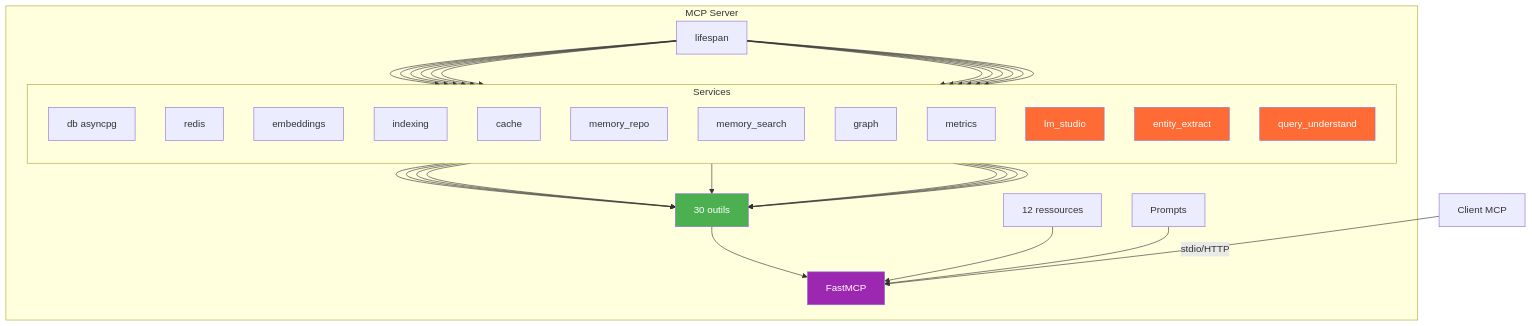
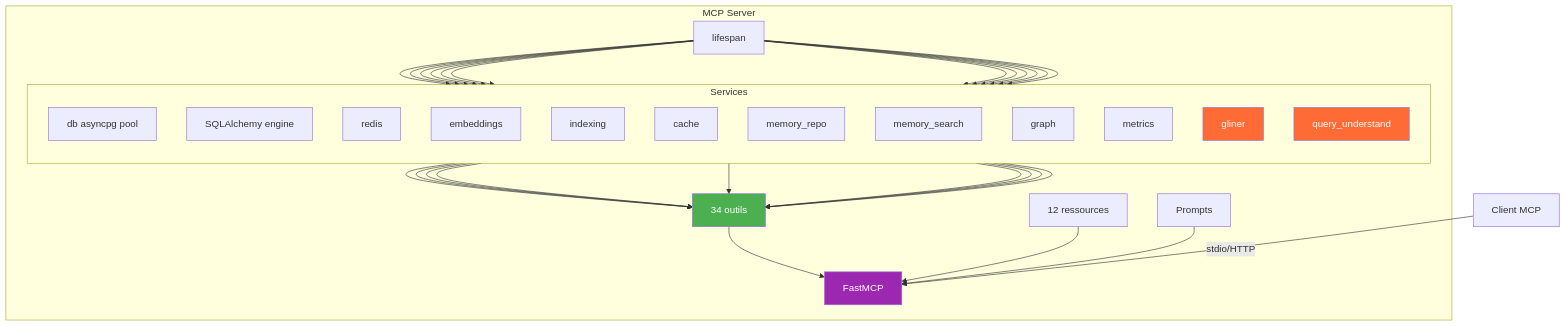
The eighth of 13 diagrams in docs/ARCHITECTURE.md (giak/mnemo-lite), drawn with Mermaid before and after one commit. The commit also changed other lines of this file and 9 other files, not shown here.

````diff
--- a/docs/ARCHITECTURE.md
+++ b/docs/ARCHITECTURE.md
@@ -429,45 +456,43 @@
 ```mermaid
 flowchart TD
     subgraph "MCP Server"
         FMCP[FastMCP]
         LSP[lifespan]
-        TO[30 outils]
+        TO[34 outils]
         RE[12 ressources]
         PR[Prompts]
 
         subgraph "Services"
             direction TB
-            SDB[db asyncpg]
+            SDB[db asyncpg pool]
+            SSE[SQLAlchemy engine]
             SR[redis]
             SE[embeddings]
             SCI[indexing]
             SCC[cache]
             SMR[memory_repo]
             SMS[memory_search]
             SG[graph]
             SM[metrics]
-            SLM[lm_studio]
-            SEE[entity_extract]
+            SGL[gliner]
             SQU[query_understand]
         end
 
-        LSP --> SDB & SR & SE & SCI & SCC
-        LSP --> SMR & SMS & SG & SM
-        LSP --> SLM & SEE & SQU
+        LSP --> SDB & SSE & SR & SE & SCI & SCC
+        LSP --> SMR & SMS & SG & SM & SGL & SQU
 
         SDB & SR & SE & SCI & SCC --> TO
         SMR & SMS & SG & SM --> TO
 
         TO --> FMCP
         RE --> FMCP
         PR --> FMCP
     end
 
     Claude[Client MCP] -->|stdio/HTTP| FMCP
 
     style FMCP fill:#9C27B0,color:#fff
     style TO fill:#4CAF50,color:#fff
-    style SLM fill:#FF6B35,color:#fff
-    style SEE fill:#FF6B35,color:#fff
+    style SGL fill:#FF6B35,color:#fff
     style SQU fill:#FF6B35,color:#fff
 ```
````
